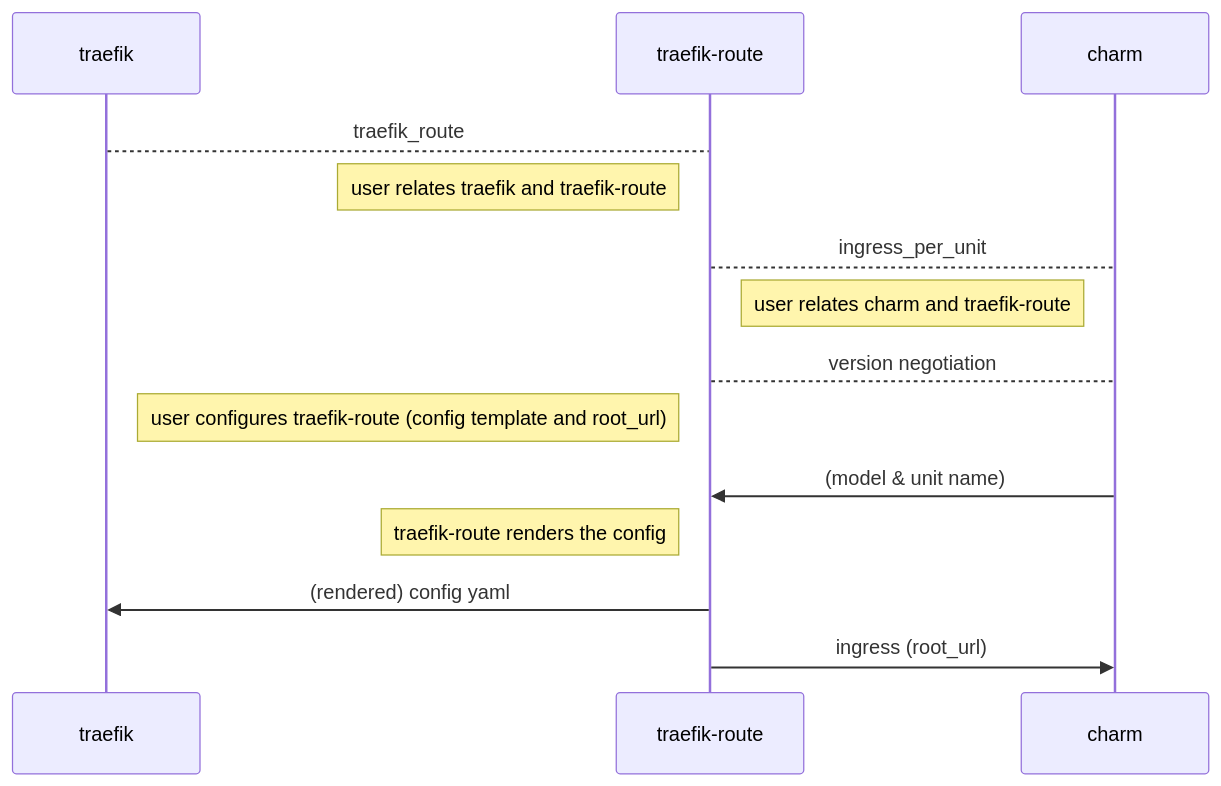
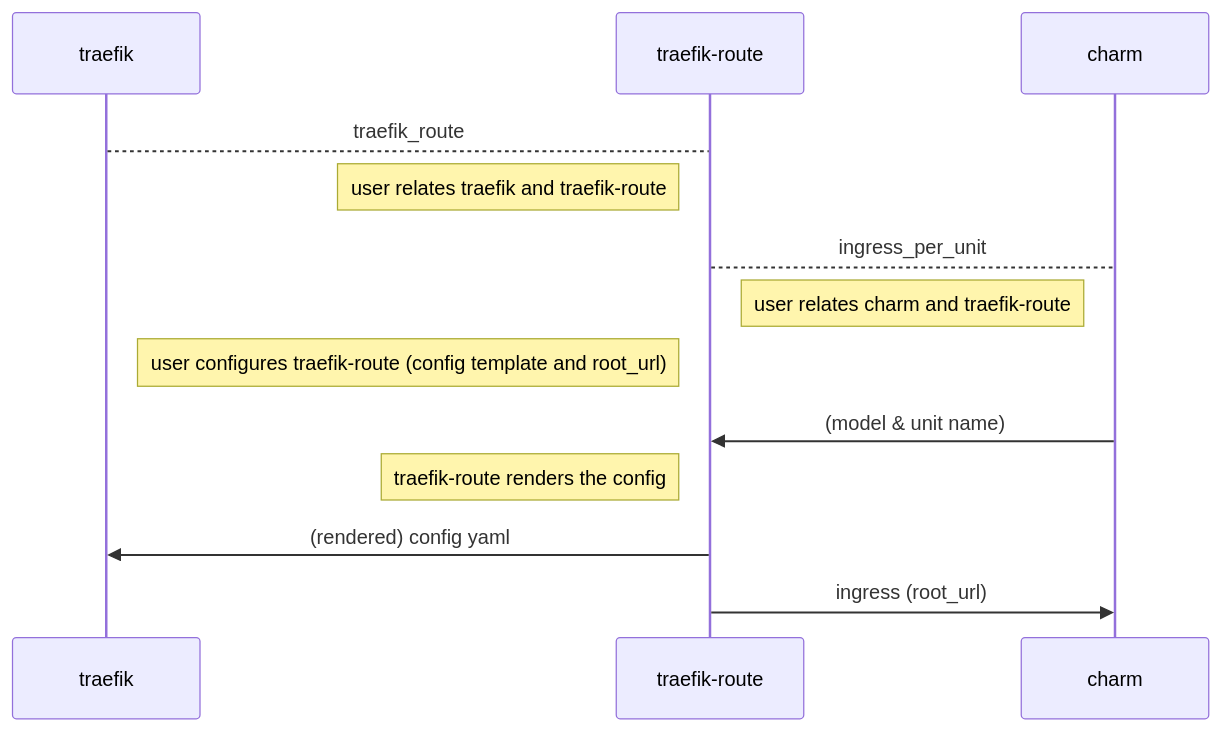
The second of 2 diagrams in README.md (canonical/traefik-route-k8s-operator), drawn with Mermaid before and after one commit. The commit also changed 9 other files, not shown here.

````diff
--- a/README.md
+++ b/README.md
@@ -38,15 +38,14 @@
 ```mermaid
 sequenceDiagram
     traefik --> traefik-route: traefik_route
     note left of traefik-route: user relates traefik and traefik-route
 
     traefik-route --> charm: ingress_per_unit
     note left of charm: user relates charm and traefik-route
-    traefik-route --> charm: version negotiation
     note left of traefik-route: user configures traefik-route (config template and root_url)
 
     charm ->> traefik-route: (model & unit name)
     note left of traefik-route: traefik-route renders the config
     traefik-route ->>  traefik: (rendered) config yaml
     traefik-route ->>  charm: ingress (root_url) 
 ```
````
